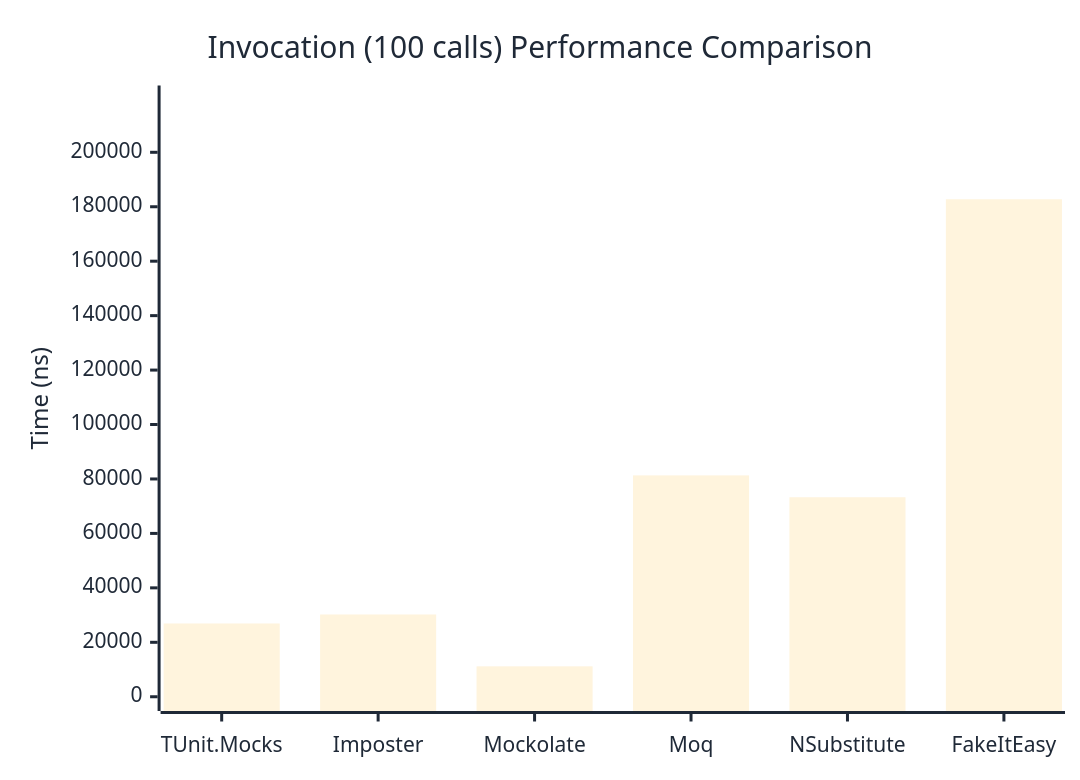
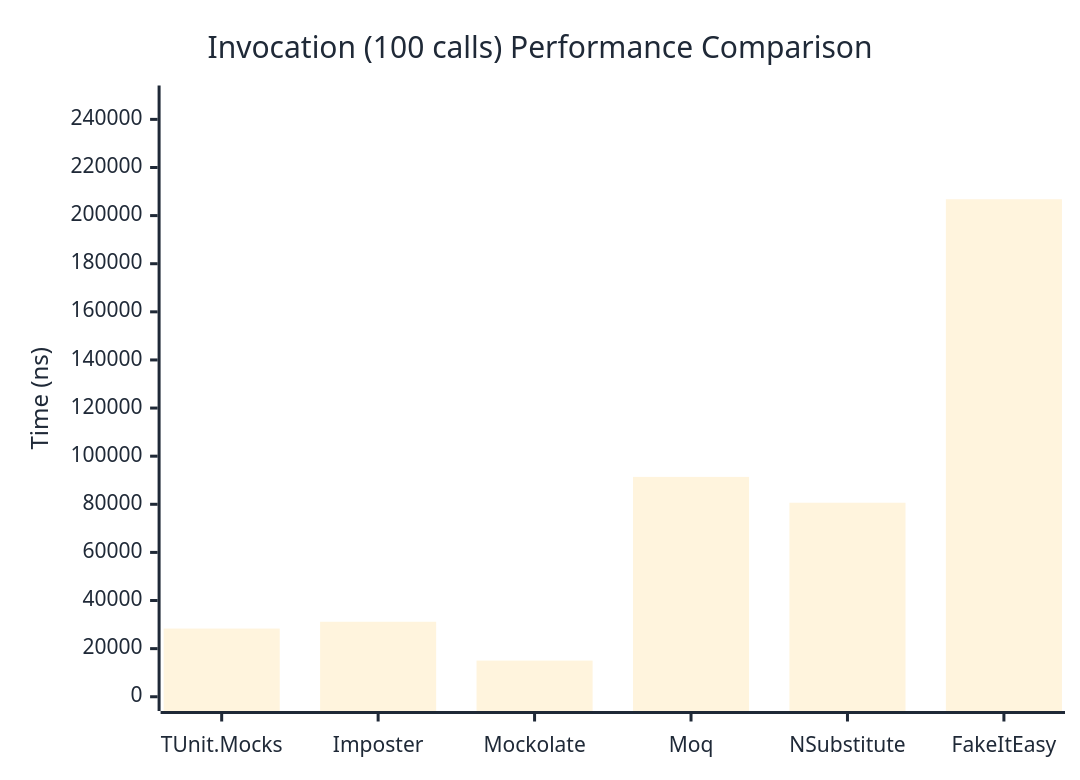
Before and after one commit to thomhurst/TUnit: the third of 3 diagrams in docs/docs/benchmarks/mocks/Invocation.md, drawn with Mermaid. The commit also changed other lines of this file and 14 other files, not shown here.

````diff
--- a/docs/docs/benchmarks/mocks/Invocation.md
+++ b/docs/docs/benchmarks/mocks/Invocation.md
@@ -112,27 +112,27 @@
 ```mermaid
 %%{init: {
   'theme':'base',
   'themeVariables': {
     'primaryColor': '#2563eb',
     'primaryTextColor': '#1f2937',
     'primaryBorderColor': '#1e40af',
     'lineColor': '#6b7280',
     'secondaryColor': '#7c3aed',
     'tertiaryColor': '#dc2626',
     'background': '#ffffff',
     'pie1': '#2563eb',
     'pie2': '#7c3aed',
     'pie3': '#dc2626',
     'pie4': '#f59e0b',
     'pie5': '#10b981',
     'pie6': '#06b6d4',
     'pie7': '#ec4899',
     'pie8': '#6366f1'
   }
 }}%%
 xychart-beta
   title "Invocation (100 calls) Performance Comparison"
   x-axis ["TUnit.Mocks", "Imposter", "Mockolate", "Moq", "NSubstitute", "FakeItEasy"]
-  y-axis "Time (ns)" 0 --> 219305
-  bar [26913.74, 30223.59, 11175.6, 81316.89, 73288.45, 182753.41]
+  y-axis "Time (ns)" 0 --> 248156
+  bar [28340.7, 31171.9, 15026.1, 91382.4, 80641.2, 206796.1]
 ```
````
